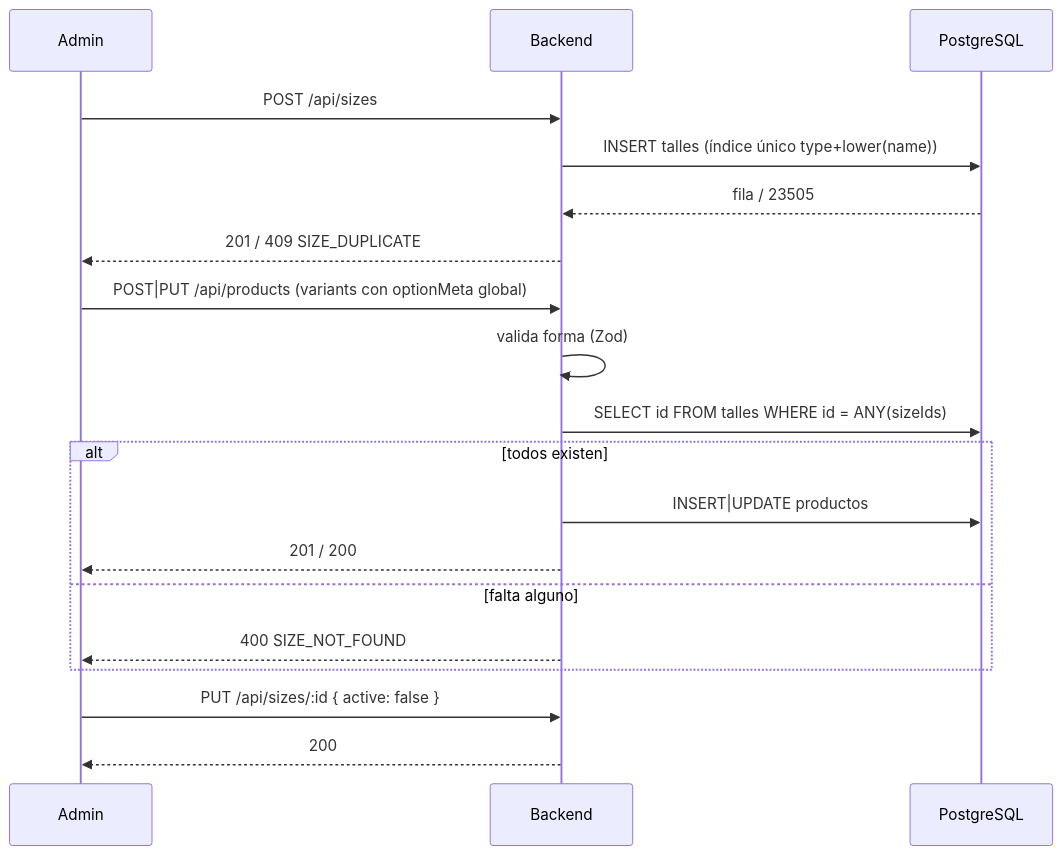
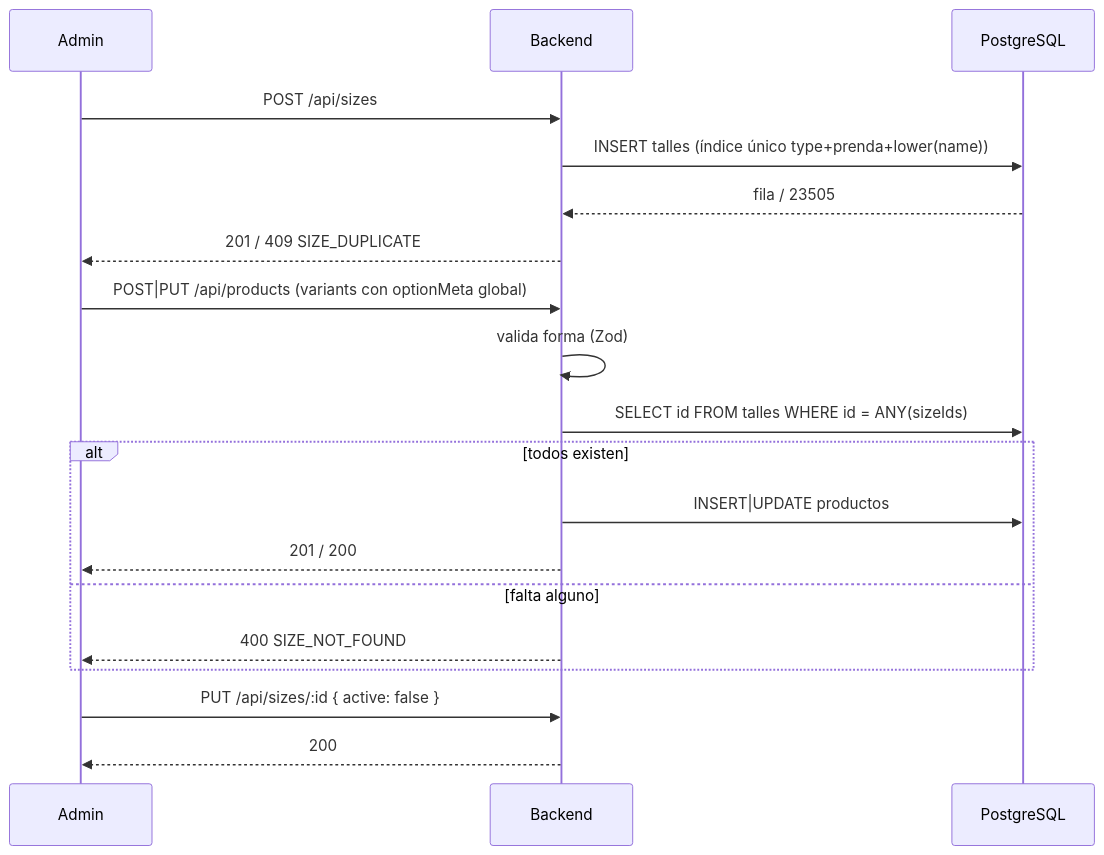
Before and after one commit to B-ayala/LIA-BACK: the diagram in docs/flows/flow-talles.md, drawn with Mermaid. The commit also changed other lines of this file and 10 other files, not shown here.

````diff
--- a/docs/flows/flow-talles.md
+++ b/docs/flows/flow-talles.md
@@ -37,21 +38,21 @@
 ```mermaid
 sequenceDiagram
   participant A as Admin
   participant API as Backend
   participant DB as PostgreSQL
   A->>API: POST /api/sizes
-  API->>DB: INSERT talles (índice único type+lower(name))
+  API->>DB: INSERT talles (índice único type+prenda+lower(name))
   DB-->>API: fila / 23505
   API-->>A: 201 / 409 SIZE_DUPLICATE
   A->>API: POST|PUT /api/products (variants con optionMeta global)
   API->>API: valida forma (Zod)
   API->>DB: SELECT id FROM talles WHERE id = ANY(sizeIds)
   alt todos existen
     API->>DB: INSERT|UPDATE productos
     API-->>A: 201 / 200
   else falta alguno
     API-->>A: 400 SIZE_NOT_FOUND
   end
   A->>API: PUT /api/sizes/:id { active: false }
   API-->>A: 200
 ```
````
